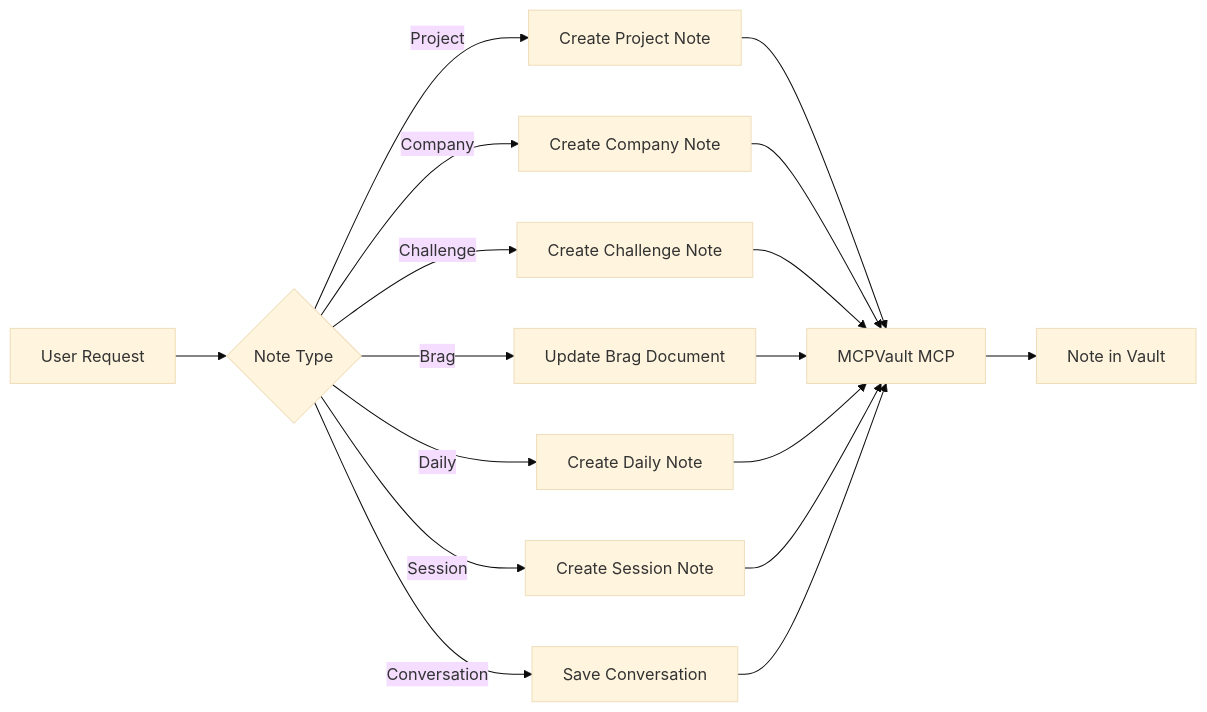
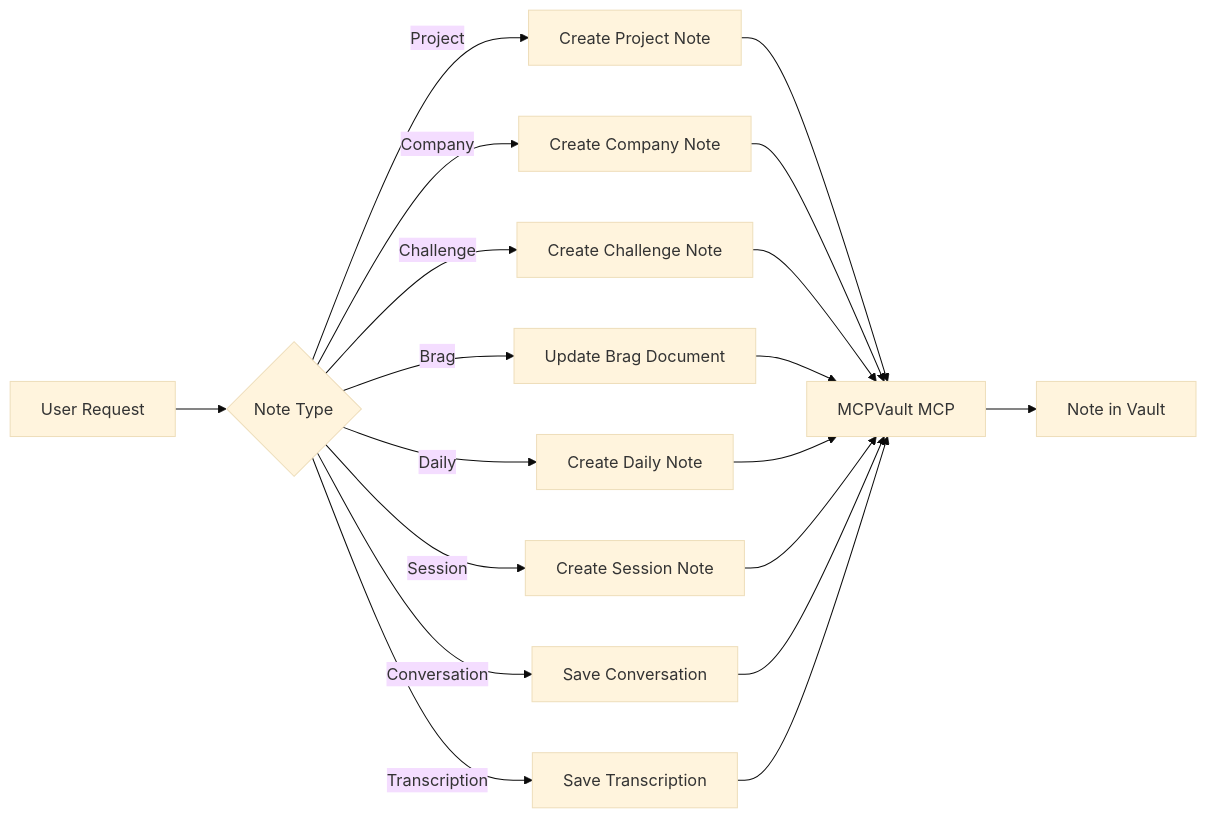
Before and after one commit to adeonir/agent-skills: the diagram in skills/(tooling)/session-notes/README.md, drawn with Mermaid (base theme). The commit also changed other lines of this file and 4 other files, not shown here.

````diff
--- a/skills/(tooling)/session-notes/README.md
+++ b/skills/(tooling)/session-notes/README.md
@@ -23,19 +24,21 @@
 ```mermaid
 flowchart LR
     T[User Request] --> D{Note Type}
     D -->|Project| P[Create Project Note]
     D -->|Company| C[Create Company Note]
     D -->|Challenge| H[Create Challenge Note]
     D -->|Brag| B[Update Brag Document]
     D -->|Daily| Y[Create Daily Note]
     D -->|Session| S[Create Session Note]
     D -->|Conversation| V[Save Conversation]
+    D -->|Transcription| TR[Save Transcription]
     P --> M[MCPVault MCP]
     C --> M
     H --> M
     B --> M
     Y --> M
     S --> M
     V --> M
+    TR --> M
     M --> N[Note in Vault]
 ```
````
